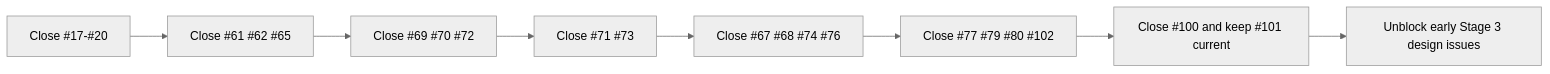
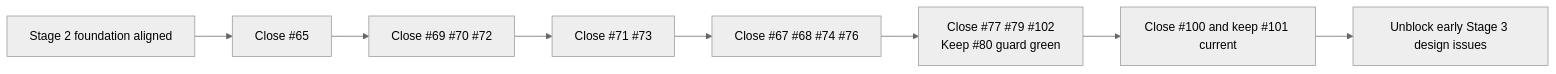
One commit to pr-cli/pr-maven-cli changed the sixth of 6 diagrams in docs/project-visual-map.md. Above: the diagram before and after it, drawn with Mermaid (neutral theme). The commit also changed other lines of this file and 6 other files, not shown here.

````diff
--- a/docs/project-visual-map.md
+++ b/docs/project-visual-map.md
@@ -167,10 +167,10 @@
 ```mermaid
 flowchart LR
-    A["Close #17-#20"] --> B["Close #61 #62 #65"]
+    A["Stage 2 foundation aligned"] --> B["Close #65"]
     B --> C["Close #69 #70 #72"]
     C --> D["Close #71 #73"]
     D --> E["Close #67 #68 #74 #76"]
-    E --> F["Close #77 #79 #80 #102"]
+    E --> F["Close #77 #79 #102\nKeep #80 guard green"]
     F --> G["Close #100 and keep #101 current"]
     G --> H["Unblock early Stage 3 design issues"]
 ```
````
